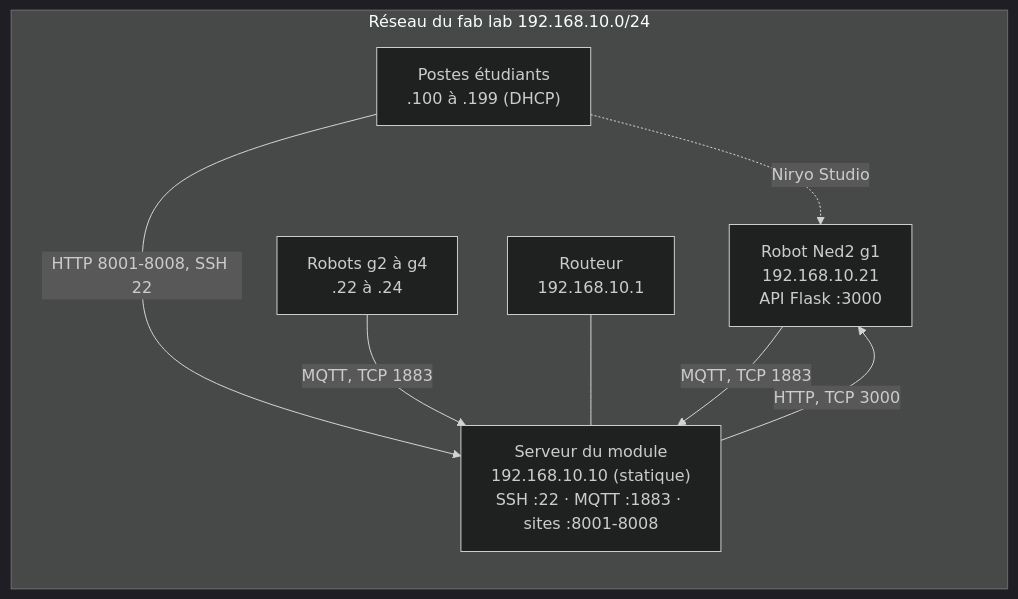
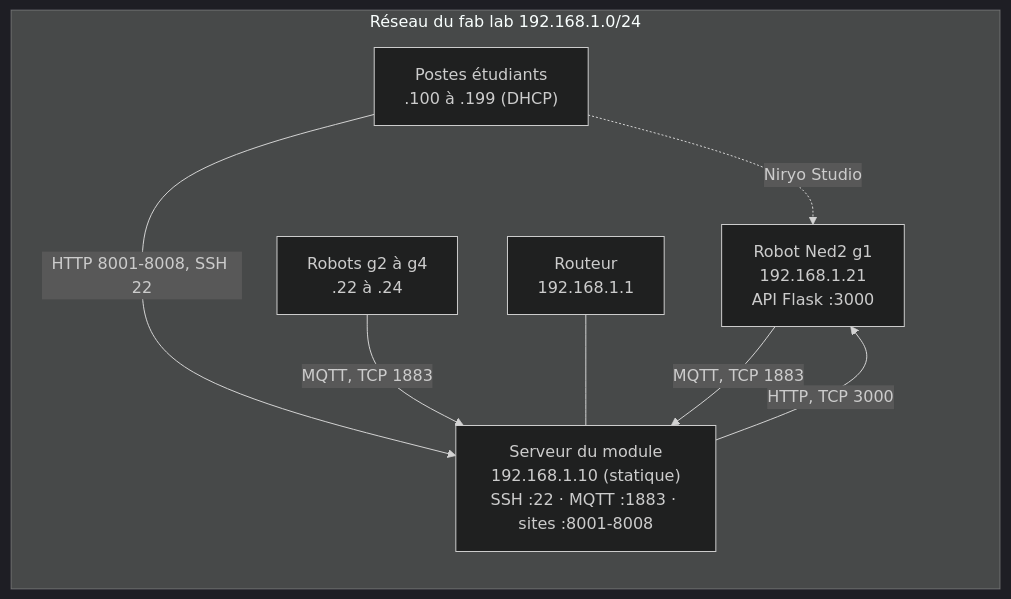
The second of 2 diagrams in cours/reseau_TCP_IP.md (fabrice1618/niryo2), drawn with Mermaid (dark theme) before and after one commit. The commit also changed other lines of this file and 45 other files, not shown here.

First line of the commit message:
Plan d'adressage du fab lab 192.168.1.0/24, routeurs Wi-Fi fournis, fiche ISTP

````diff
--- a/cours/reseau_TCP_IP.md
+++ b/cours/reseau_TCP_IP.md
@@ -638,16 +638,16 @@
 ```mermaid
 flowchart LR
-    subgraph LAN["Réseau du fab lab 192.168.10.0/24"]
-        R1["Robot Ned2 g1<br/>192.168.10.21<br/>API Flask :3000"]
+    subgraph LAN["Réseau du fab lab 192.168.1.0/24"]
+        R1["Robot Ned2 g1<br/>192.168.1.21<br/>API Flask :3000"]
         R2["Robots g2 à g4<br/>.22 à .24"]
-        SRV["Serveur du module<br/>192.168.10.10 (statique)<br/>SSH :22 · MQTT :1883 · sites :8001-8008"]
+        SRV["Serveur du module<br/>192.168.1.10 (statique)<br/>SSH :22 · MQTT :1883 · sites :8001-8008"]
         PC["Postes étudiants<br/>.100 à .199 (DHCP)"]
-        GW["Routeur<br/>192.168.10.1"]
+        GW["Routeur<br/>192.168.1.1"]
     end
     R1 -- "MQTT, TCP 1883" --> SRV
     R2 -- "MQTT, TCP 1883" --> SRV
     SRV -- "HTTP, TCP 3000" --> R1
     PC -- "HTTP 8001-8008, SSH 22" --> SRV
     PC -. "Niryo Studio" .-> R1
     GW --- SRV
 ```
````
